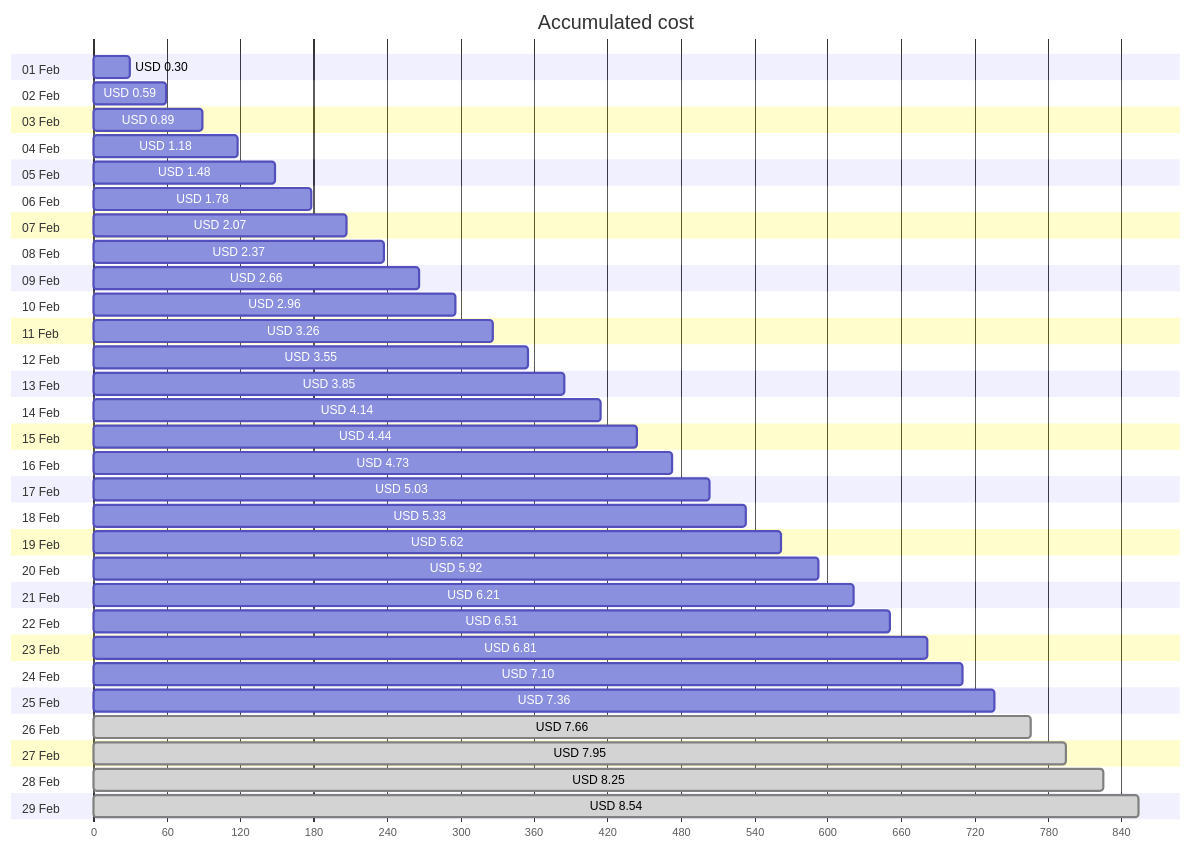
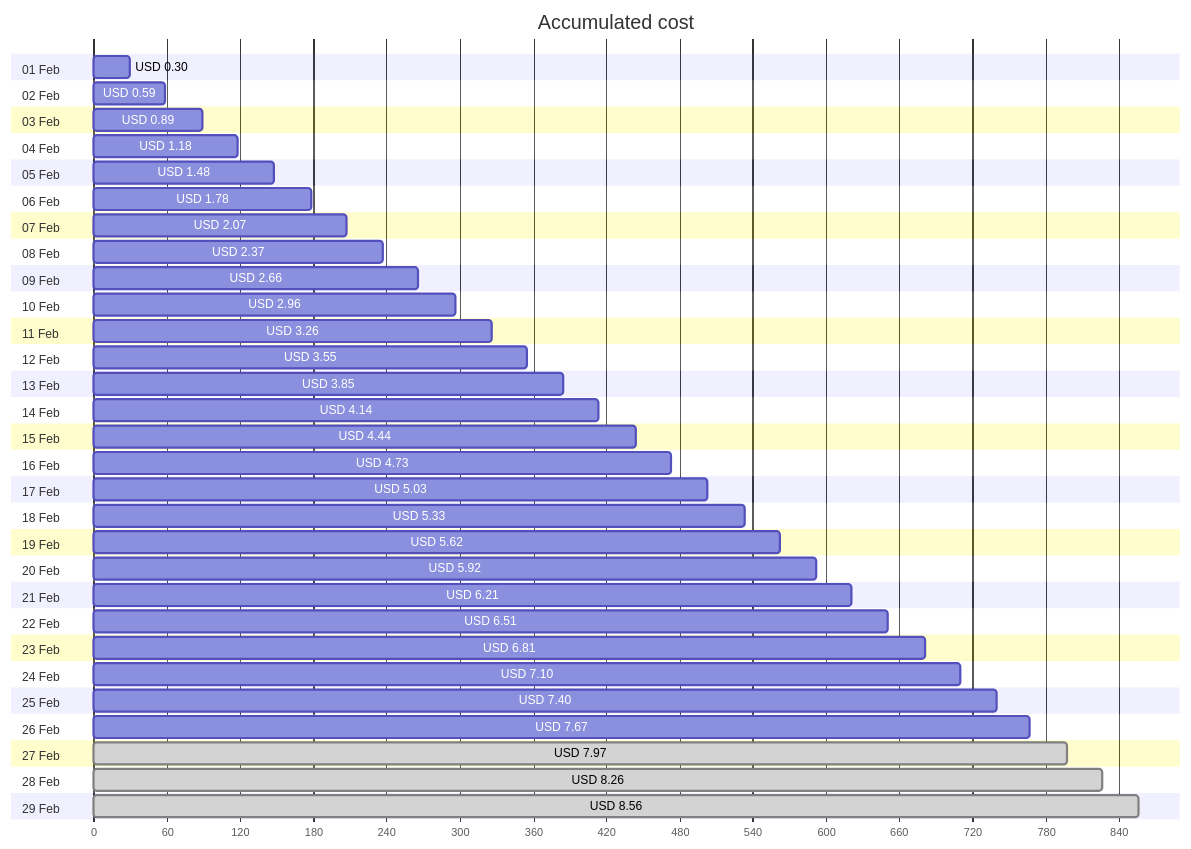
The first of 4 diagrams in cost-reports/personal-site/personal-site-preview.md (jpfulton/azure-personal-reports), drawn with Mermaid before and after one commit. The commit also changed other lines of this file and 6 other files, not shown here.

````diff
--- a/cost-reports/personal-site/personal-site-preview.md
+++ b/cost-reports/personal-site/personal-site-preview.md
@@ -20,64 +20,64 @@
 ```mermaid
 gantt
    title Accumulated cost
    dateFormat  X
    axisFormat %s
    section 01 Feb
    USD 0.30 :0, 30
    section 02 Feb
    USD 0.59 :0, 59
    section 03 Feb
    USD 0.89 :0, 89
    section 04 Feb
    USD 1.18 :0, 118
    section 05 Feb
    USD 1.48 :0, 148
    section 06 Feb
    USD 1.78 :0, 178
    section 07 Feb
    USD 2.07 :0, 207
    section 08 Feb
    USD 2.37 :0, 237
    section 09 Feb
    USD 2.66 :0, 266
    section 10 Feb
    USD 2.96 :0, 296
    section 11 Feb
    USD 3.26 :0, 326
    section 12 Feb
    USD 3.55 :0, 355
    section 13 Feb
    USD 3.85 :0, 385
    section 14 Feb
    USD 4.14 :0, 414
    section 15 Feb
    USD 4.44 :0, 444
    section 16 Feb
    USD 4.73 :0, 473
    section 17 Feb
    USD 5.03 :0, 503
    section 18 Feb
    USD 5.33 :0, 533
    section 19 Feb
    USD 5.62 :0, 562
    section 20 Feb
    USD 5.92 :0, 592
    section 21 Feb
    USD 6.21 :0, 621
    section 22 Feb
    USD 6.51 :0, 651
    section 23 Feb
    USD 6.81 :0, 681
    section 24 Feb
    USD 7.10 :0, 710
    section 25 Feb
-   USD 7.36 :0, 736
+   USD 7.40 :0, 740
    section 26 Feb
-   USD 7.66 : done, 0, 766
+   USD 7.67 :0, 767
    section 27 Feb
-   USD 7.95 : done, 0, 795
+   USD 7.97 : done, 0, 797
    section 28 Feb
-   USD 8.25 : done, 0, 825
+   USD 8.26 : done, 0, 826
    section 29 Feb
-   USD 8.54 : done, 0, 854
+   USD 8.56 : done, 0, 856
 ```
````
